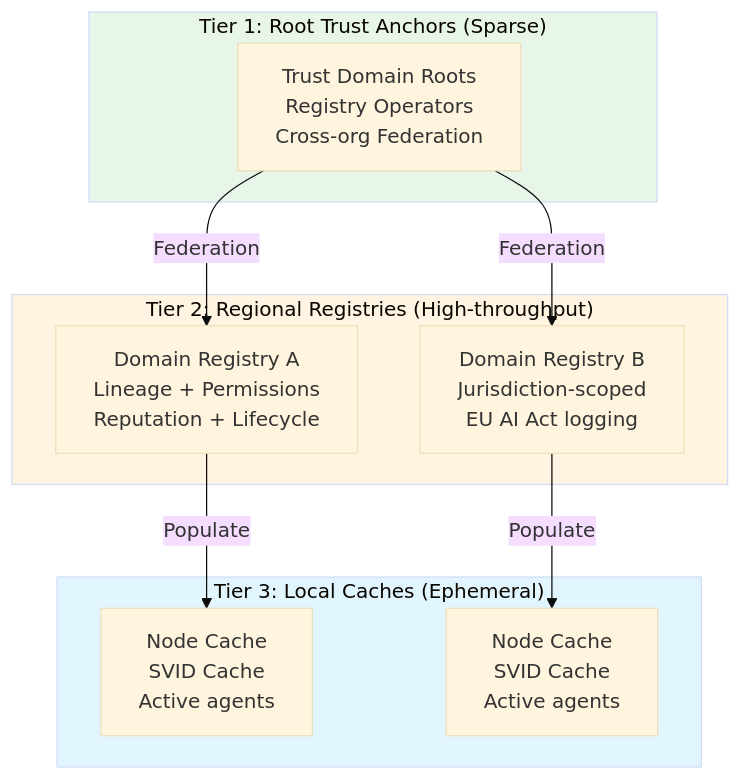
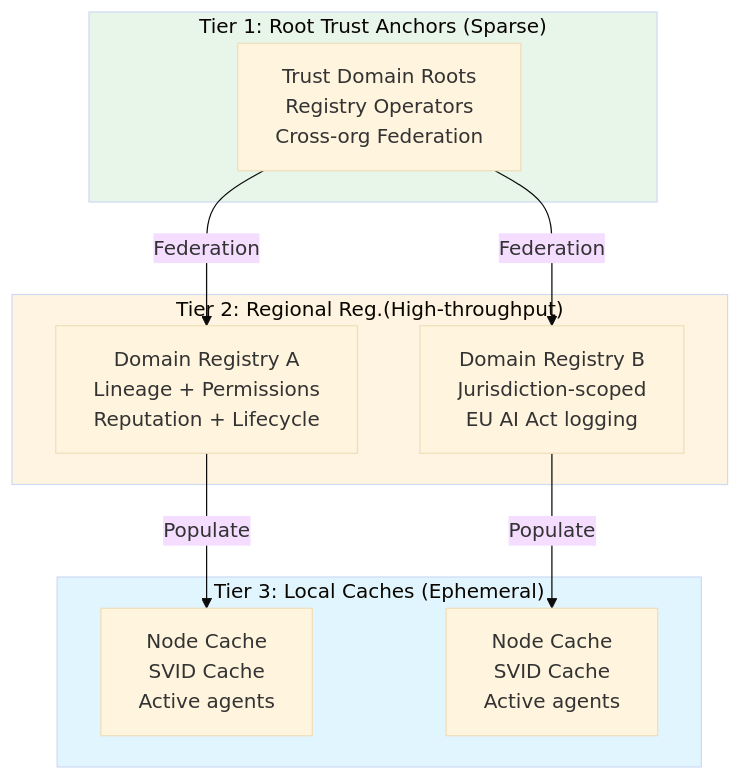
One commit to MihaiCiprianChezan/Agentic-Global-Identity-Layer changed the first of 2 diagrams in README.md. Above: the diagram before and after it, drawn with Mermaid (base theme). The commit also changed other lines of this file, not shown here.

````diff
--- a/README.md
+++ b/README.md
@@ -161,25 +161,25 @@
 ```mermaid
 graph TB
     subgraph T1["Tier 1: Root Trust Anchors (Sparse)"]
         Root["Trust Domain Roots<br/>Registry Operators<br/>Cross-org Federation"]
     end
     
-    subgraph T2["Tier 2: Regional Registries (High-throughput)"]
+    subgraph T2["Tier 2: Regional Reg.(High-throughput)"]
         Reg1["Domain Registry A<br/>Lineage + Permissions<br/>Reputation + Lifecycle"]
         Reg2["Domain Registry B<br/>Jurisdiction-scoped<br/>EU AI Act logging"]
     end
     
     subgraph T3["Tier 3: Local Caches (Ephemeral)"]
         Cache1["Node Cache<br/>SVID Cache<br/>Active agents"]
         Cache2["Node Cache<br/>SVID Cache<br/>Active agents"]
     end
     
     Root -->|Federation| Reg1
     Root -->|Federation| Reg2
     Reg1 -->|Populate| Cache1
     Reg2 -->|Populate| Cache2
     
     style T1 fill:#e8f5e9
     style T2 fill:#fff4e1
     style T3 fill:#e1f5ff
 ```
````
